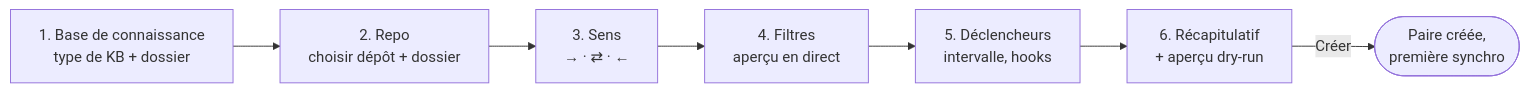
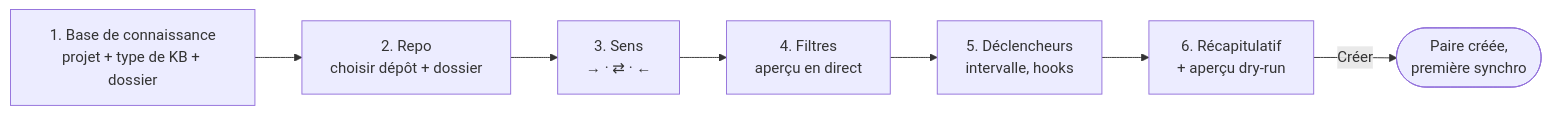
The third of 4 diagrams in documentation/fr/08-interface-de-configuration.md (studoo-app/markoo), drawn with Mermaid before and after one commit. The commit also changed other lines of this file and 35 other files, not shown here.

````diff
--- a/documentation/fr/08-interface-de-configuration.md
+++ b/documentation/fr/08-interface-de-configuration.md
@@ -170,9 +179,9 @@
 ```mermaid
 flowchart LR
-    S1["1. Base de connaissance<br/>type de KB + dossier"] --> S2["2. Repo<br/>choisir dépôt + dossier"]
+    S1["1. Base de connaissance<br/>projet + type de KB + dossier"] --> S2["2. Repo<br/>choisir dépôt + dossier"]
     S2 --> S3["3. Sens<br/>→ · ⇄ · ←"]
     S3 --> S4["4. Filtres<br/>aperçu en direct"]
     S4 --> S5["5. Déclencheurs<br/>intervalle, hooks"]
     S5 --> S6["6. Récapitulatif<br/>+ aperçu dry-run"]
     S6 -->|Créer| OK(["Paire créée,<br/>première synchro"])
 ```
````
